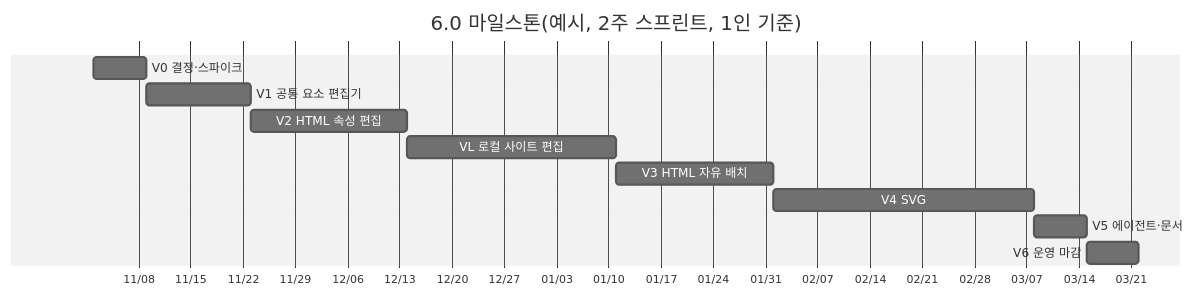
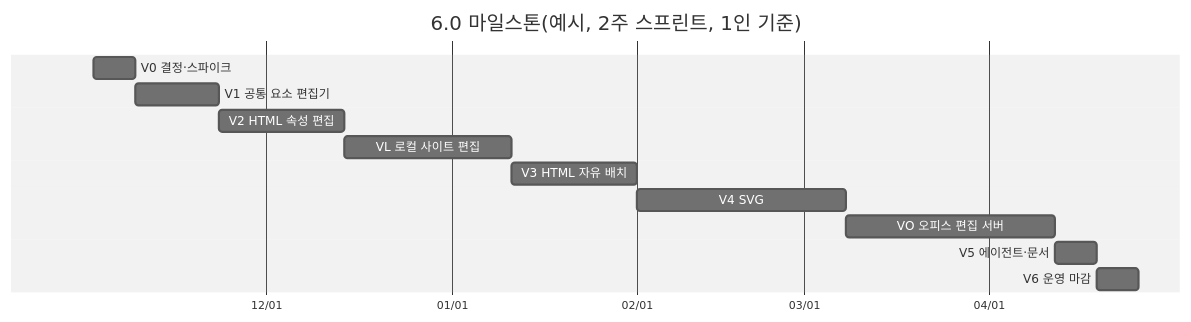
One commit to villainscode/workflow changed the diagram in spec/REQUIREMENT-6.0.md. Above: the diagram before and after it, drawn with Mermaid (neutral theme). The commit also changed other lines of this file, not shown here.

Commit message:
docs(spec): 6.0 V0 스파이크 결과와 D-55·D-59·D-60 확정(오피스 편집 서버 VO 추가)

````diff
--- a/spec/REQUIREMENT-6.0.md
+++ b/spec/REQUIREMENT-6.0.md
@@ -150,14 +153,15 @@
 ```mermaid
 gantt
   dateFormat YYYY-MM-DD
   axisFormat %m/%d
   title 6.0 마일스톤(예시, 2주 스프린트, 1인 기준)
   V0 결정·스파이크      :v0, 2026-11-02, 7d
   V1 공통 요소 편집기    :v1, after v0, 14d
   V2 HTML 속성 편집     :v2, after v1, 21d
   VL 로컬 사이트 편집    :vl, after v2, 28d
   V3 HTML 자유 배치      :v3, after vl, 21d
   V4 SVG              :v4, after v3, 35d
-  V5 에이전트·문서       :v5, after v4, 7d
+  VO 오피스 편집 서버    :vo, after v4, 35d
+  V5 에이전트·문서       :v5, after vo, 7d
   V6 운영 마감          :v6, after v5, 7d
 ```
````
